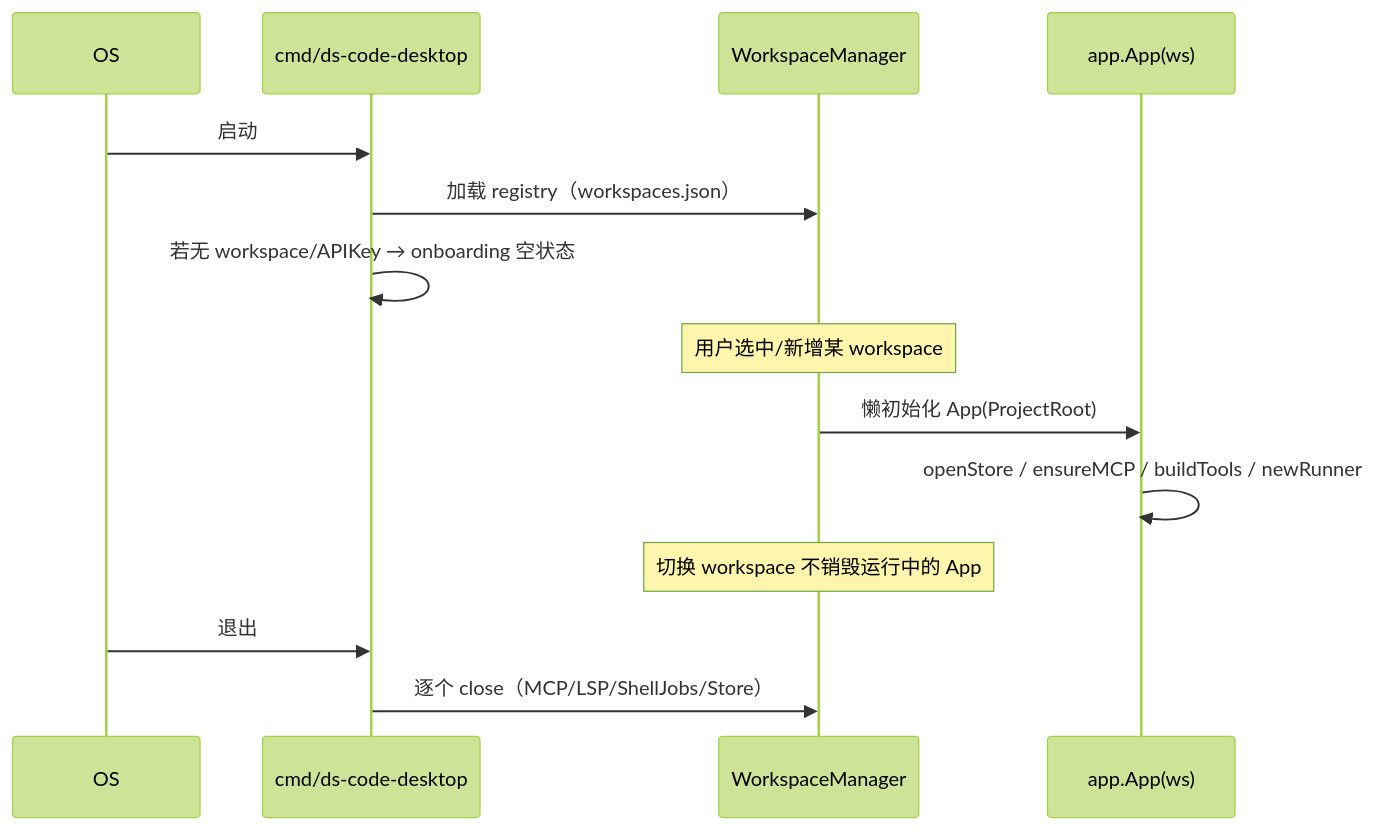
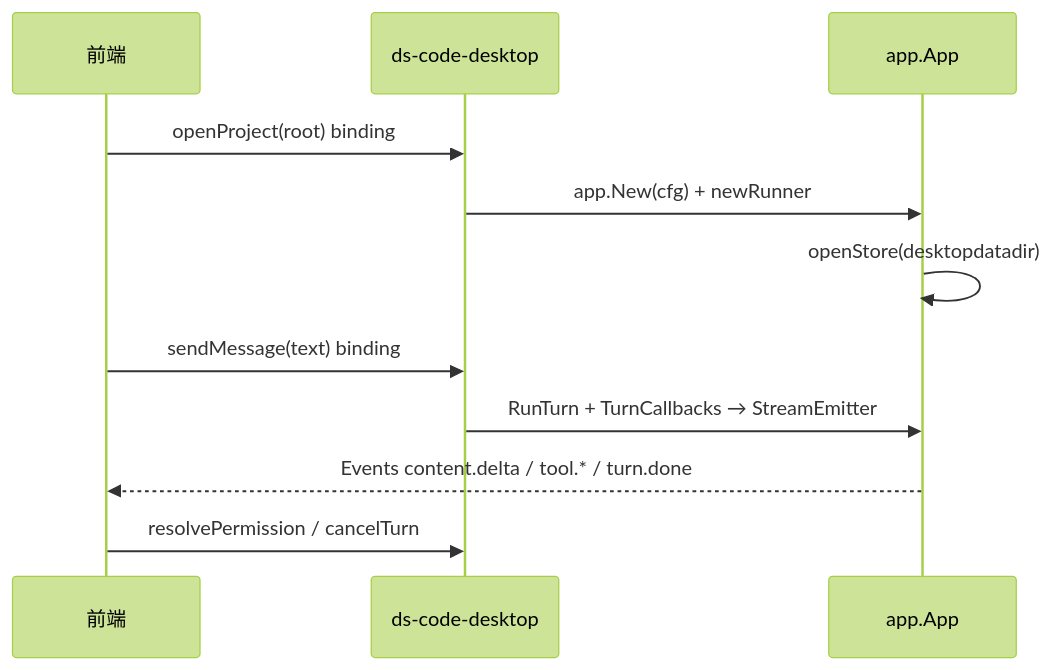
Before and after one commit to wzhejunqiu/ds-code: the diagram in docs/v0.2.0/DESIGN.md, drawn with Mermaid (forest theme). The commit also changed other lines of this file and 26 other files, not shown here.

````diff
--- a/docs/v0.2.0/DESIGN.md
+++ b/docs/v0.2.0/DESIGN.md
@@ -145,16 +65,13 @@
 ```mermaid
 sequenceDiagram
-  participant OS
-  participant Desktop as cmd/ds-code-desktop
-  participant WM as WorkspaceManager
-  participant App as app.App(ws)
-  OS->>Desktop: 启动
-  Desktop->>WM: 加载 registry（workspaces.json）
-  Desktop->>Desktop: 若无 workspace/APIKey → onboarding 空状态
-  Note over WM: 用户选中/新增某 workspace
-  WM->>App: 懒初始化 App(ProjectRoot)
-  App->>App: openStore / ensureMCP / buildTools / newRunner
-  Note over WM: 切换 workspace 不销毁运行中的 App
-  OS->>Desktop: 退出
-  Desktop->>WM: 逐个 close（MCP/LSP/ShellJobs/Store）
+  participant UI as 前端
+  participant Desk as ds-code-desktop
+  participant App as app.App
+  UI->>Desk: openProject(root) binding
+  Desk->>App: app.New(cfg) + newRunner
+  App->>App: openStore(desktopdatadir)
+  UI->>Desk: sendMessage(text) binding
+  Desk->>App: RunTurn + TurnCallbacks → StreamEmitter
+  App-->>UI: Events content.delta / tool.* / turn.done
+  UI->>Desk: resolvePermission / cancelTurn
 ```
````
